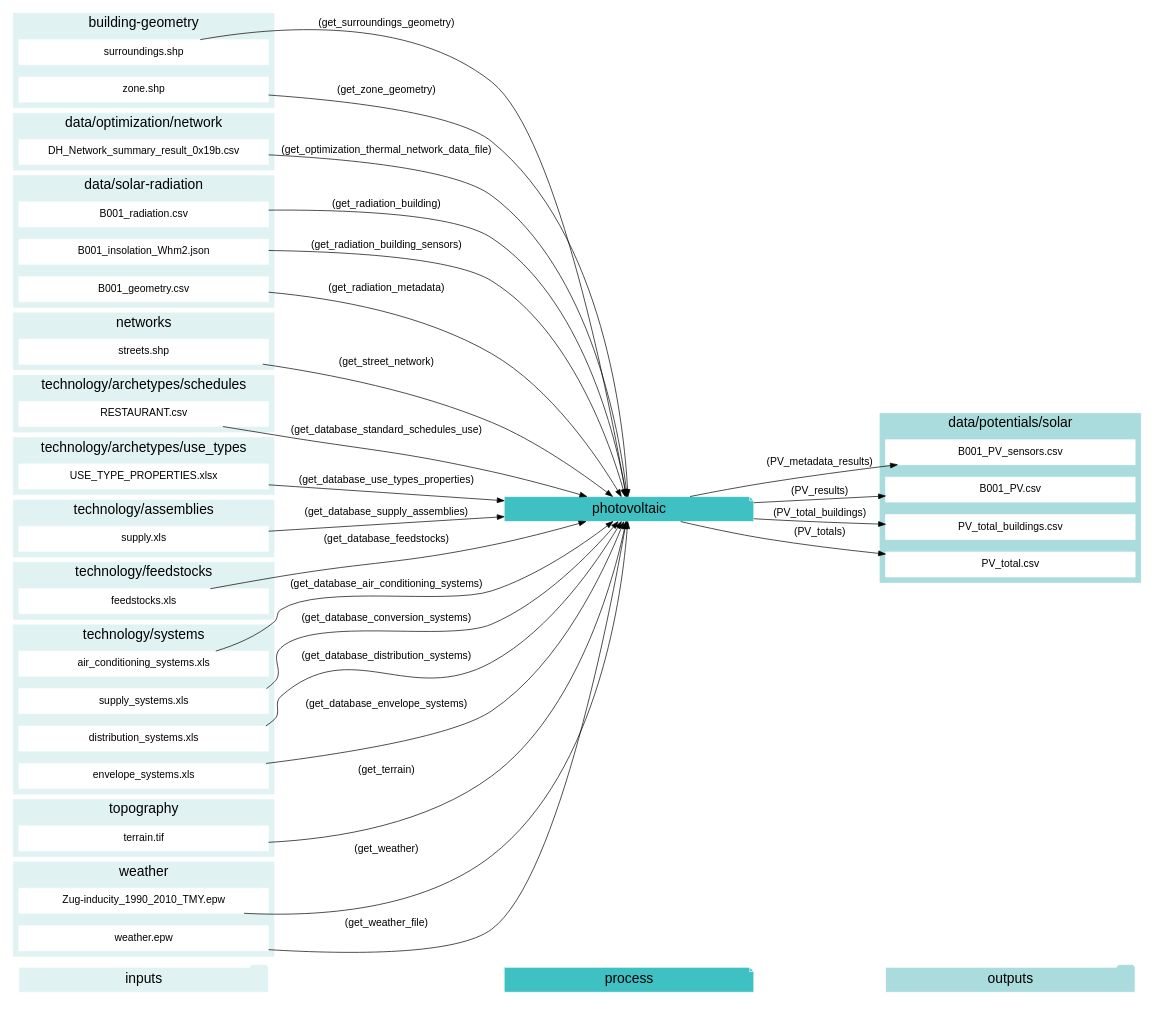
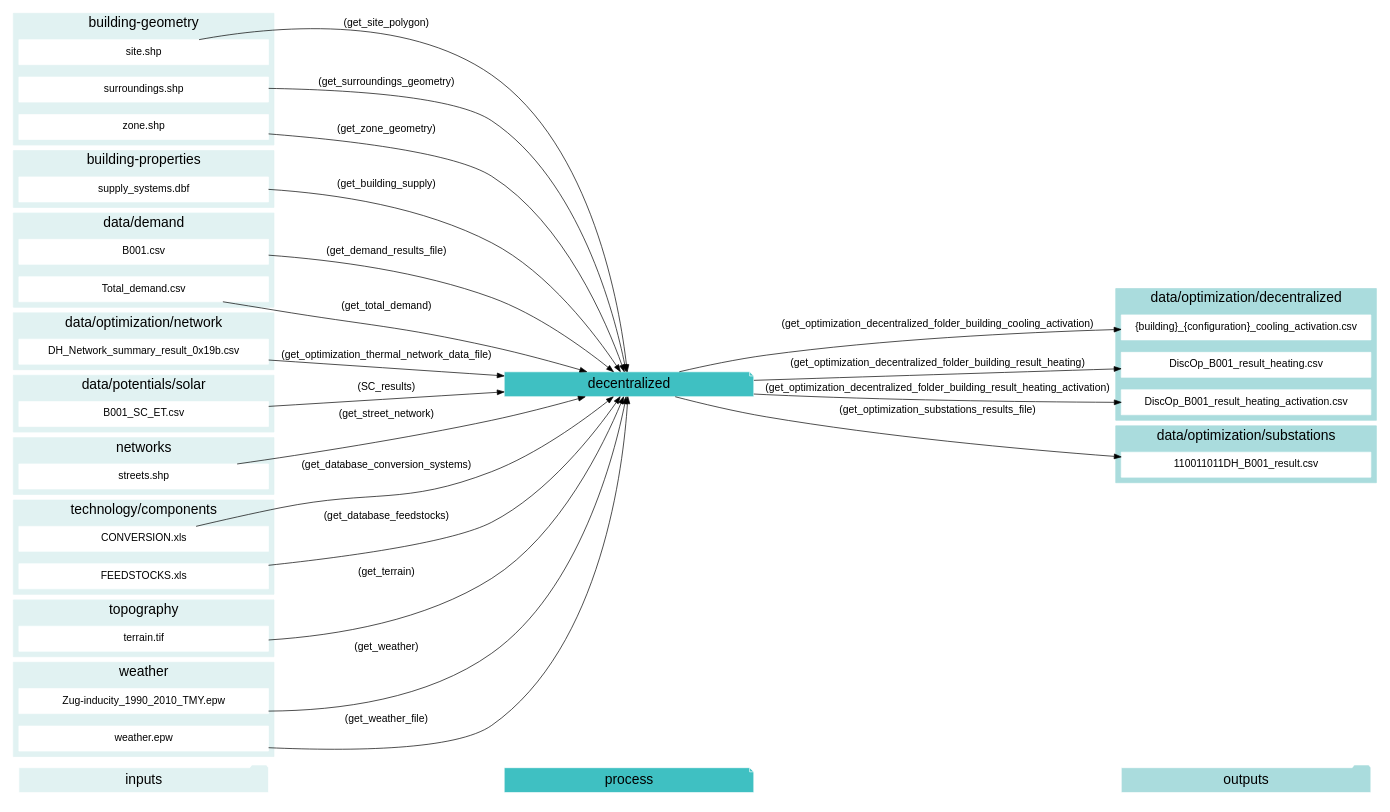
The third of 23 diagrams in docs/script-data-flow.rst (architecture-building-systems/CityEnergyAnalyst), drawn with Graphviz before and after one commit. The commit also changed other lines of this file and 24 other files, not shown here.

```diff
--- a/docs/script-data-flow.rst
+++ b/docs/script-data-flow.rst
@@ -318,13 +226,14 @@
     "inputs"->"process"[style=invis]
     "process"->"outputs"[style=invis]
     }
-    "photovoltaic"[style=filled, color=white, fillcolor="#3FC0C2", shape=note, fontsize=20, fontname=arial];
+    "decentralized"[style=filled, color=white, fillcolor="#3FC0C2", shape=note, fontsize=20, fontname=arial];
     subgraph cluster_0_in {
         style = filled;
         color = "#E1F2F2";
         fontsize = 20;
         rank=same;
         label="building-geometry";
+        "site.shp"
         "surroundings.shp"
         "zone.shp"
     }
@@ -333,31 +242,53 @@
         color = "#E1F2F2";
         fontsize = 20;
         rank=same;
-        label="data/optimization/network";
-        "DH_Network_summary_result_0x19b.csv"
+        label="building-properties";
+        "supply_systems.dbf"
     }
-    subgraph cluster_2_out {
+    subgraph cluster_2_in {
+        style = filled;
+        color = "#E1F2F2";
+        fontsize = 20;
+        rank=same;
+        label="data/demand";
+        "B001.csv"
+        "Total_demand.csv"
+    }
+    subgraph cluster_3_out {
         style = filled;
         color = "#aadcdd";
         fontsize = 20;
         rank=same;
-        label="data/potentials/solar";
-        "B001_PV_sensors.csv"
-        "B001_PV.csv"
-        "PV_total_buildings.csv"
-        "PV_total.csv"
+        label="data/optimization/decentralized";
+        "{building}_{configuration}_cooling_activation.csv"
+        "DiscOp_B001_result_heating.csv"
+        "DiscOp_B001_result_heating_activation.csv"
     }
-    subgraph cluster_3_in {
+    subgraph cluster_4_in {
         style = filled;
         color = "#E1F2F2";
         fontsize = 20;
         rank=same;
-        label="data/solar-radiation";
-        "B001_radiation.csv"
-        "B001_insolation_Whm2.json"
-        "B001_geometry.csv"
+        label="data/optimization/network";
+        "DH_Network_summary_result_0x19b.csv"
     }
-    subgraph cluster_4_in {
+    subgraph cluster_5_out {
+        style = filled;
+        color = "#aadcdd";
+        fontsize = 20;
+        rank=same;
+        label="data/optimization/substations";
+        "110011011DH_B001_result.csv"
+    }
+    subgraph cluster_6_in {
+        style = filled;
+        color = "#E1F2F2";
+        fontsize = 20;
+        rank=same;
+        label="data/potentials/solar";
+        "B001_SC_ET.csv"
+    }
+    subgraph cluster_7_in {
         style = filled;
         color = "#E1F2F2";
         fontsize = 20;
@@ -365,50 +296,16 @@
         label="networks";
         "streets.shp"
     }
-    subgraph cluster_5_in {
-        style = filled;
-        color = "#E1F2F2";
-        fontsize = 20;
-        rank=same;
-        label="technology/archetypes/schedules";
-        "RESTAURANT.csv"
-    }
-    subgraph cluster_6_in {
-        style = filled;
-        color = "#E1F2F2";
-        fontsize = 20;
-        rank=same;
-        label="technology/archetypes/use_types";
-        "USE_TYPE_PROPERTIES.xlsx"
-    }
-    subgraph cluster_7_in {
-        style = filled;
-        color = "#E1F2F2";
-        fontsize = 20;
-        rank=same;
-        label="technology/assemblies";
-        "supply.xls"
-    }
     subgraph cluster_8_in {
         style = filled;
         color = "#E1F2F2";
         fontsize = 20;
         rank=same;
-        label="technology/feedstocks";
-        "feedstocks.xls"
+        label="technology/components";
+        "CONVERSION.xls"
+        "FEEDSTOCKS.xls"
     }
     subgraph cluster_9_in {
-        style = filled;
-        color = "#E1F2F2";
-        fontsize = 20;
-        rank=same;
-        label="technology/systems";
-        "air_conditioning_systems.xls"
-        "supply_systems.xls"
-        "distribution_systems.xls"
-        "envelope_systems.xls"
-    }
-    subgraph cluster_10_in {
         style = filled;
         color = "#E1F2F2";
         fontsize = 20;
@@ -416,7 +313,7 @@
         label="topography";
         "terrain.tif"
     }
-    subgraph cluster_11_in {
+    subgraph cluster_10_in {
         style = filled;
         color = "#E1F2F2";
         fontsize = 20;
@@ -425,26 +322,22 @@
         "Zug-inducity_1990_2010_TMY.epw"
         "weather.epw"
     }
-    "air_conditioning_systems.xls" -> "photovoltaic"[label="(get_database_air_conditioning_systems)"]
-    "supply_systems.xls" -> "photovoltaic"[label="(get_database_conversion_systems)"]
-    "distribution_systems.xls" -> "photovoltaic"[label="(get_database_distribution_systems)"]
-    "envelope_systems.xls" -> "photovoltaic"[label="(get_database_envelope_systems)"]
-    "feedstocks.xls" -> "photovoltaic"[label="(get_database_feedstocks)"]
-    "RESTAURANT.csv" -> "photovoltaic"[label="(get_database_standard_schedules_use)"]
-    "supply.xls" -> "photovoltaic"[label="(get_database_supply_assemblies)"]
-    "USE_TYPE_PROPERTIES.xlsx" -> "photovoltaic"[label="(get_database_use_types_properties)"]
-    "DH_Network_summary_result_0x19b.csv" -> "photovoltaic"[label="(get_optimization_thermal_network_data_file)"]
-    "B001_radiation.csv" -> "photovoltaic"[label="(get_radiation_building)"]
-    "B001_insolation_Whm2.json" -> "photovoltaic"[label="(get_radiation_building_sensors)"]
-    "B001_geometry.csv" -> "photovoltaic"[label="(get_radiation_metadata)"]
-    "streets.shp" -> "photovoltaic"[label="(get_street_network)"]
-    "surroundings.shp" -> "photovoltaic"[label="(get_surroundings_geometry)"]
-    "terrain.tif" -> "photovoltaic"[label="(get_terrain)"]
-    "Zug-inducity_1990_2010_TMY.epw" -> "photovoltaic"[label="(get_weather)"]
-    "weather.epw" -> "photovoltaic"[label="(get_weather_file)"]
-    "zone.shp" -> "photovoltaic"[label="(get_zone_geometry)"]
-    "photovoltaic" -> "B001_PV_sensors.csv"[label="(PV_metadata_results)"]
-    "photovoltaic" -> "B001_PV.csv"[label="(PV_results)"]
-    "photovoltaic" -> "PV_total_buildings.csv"[label="(PV_total_buildings)"]
-    "photovoltaic" -> "PV_total.csv"[label="(PV_totals)"]
+    "B001_SC_ET.csv" -> "decentralized"[label="(SC_results)"]
+    "supply_systems.dbf" -> "decentralized"[label="(get_building_supply)"]
+    "CONVERSION.xls" -> "decentralized"[label="(get_database_conversion_systems)"]
+    "FEEDSTOCKS.xls" -> "decentralized"[label="(get_database_feedstocks)"]
+    "B001.csv" -> "decentralized"[label="(get_demand_results_file)"]
+    "DH_Network_summary_result_0x19b.csv" -> "decentralized"[label="(get_optimization_thermal_network_data_file)"]
+    "site.shp" -> "decentralized"[label="(get_site_polygon)"]
+    "streets.shp" -> "decentralized"[label="(get_street_network)"]
+    "surroundings.shp" -> "decentralized"[label="(get_surroundings_geometry)"]
+    "terrain.tif" -> "decentralized"[label="(get_terrain)"]
+    "Total_demand.csv" -> "decentralized"[label="(get_total_demand)"]
+    "Zug-inducity_1990_2010_TMY.epw" -> "decentralized"[label="(get_weather)"]
+    "weather.epw" -> "decentralized"[label="(get_weather_file)"]
+    "zone.shp" -> "decentralized"[label="(get_zone_geometry)"]
+    "decentralized" -> "{building}_{configuration}_cooling_activation.csv"[label="(get_optimization_decentralized_folder_building_cooling_activation)"]
+    "decentralized" -> "DiscOp_B001_result_heating.csv"[label="(get_optimization_decentralized_folder_building_result_heating)"]
+    "decentralized" -> "DiscOp_B001_result_heating_activation.csv"[label="(get_optimization_decentralized_folder_building_result_heating_activation)"]
+    "decentralized" -> "110011011DH_B001_result.csv"[label="(get_optimization_substations_results_file)"]
     }
```
